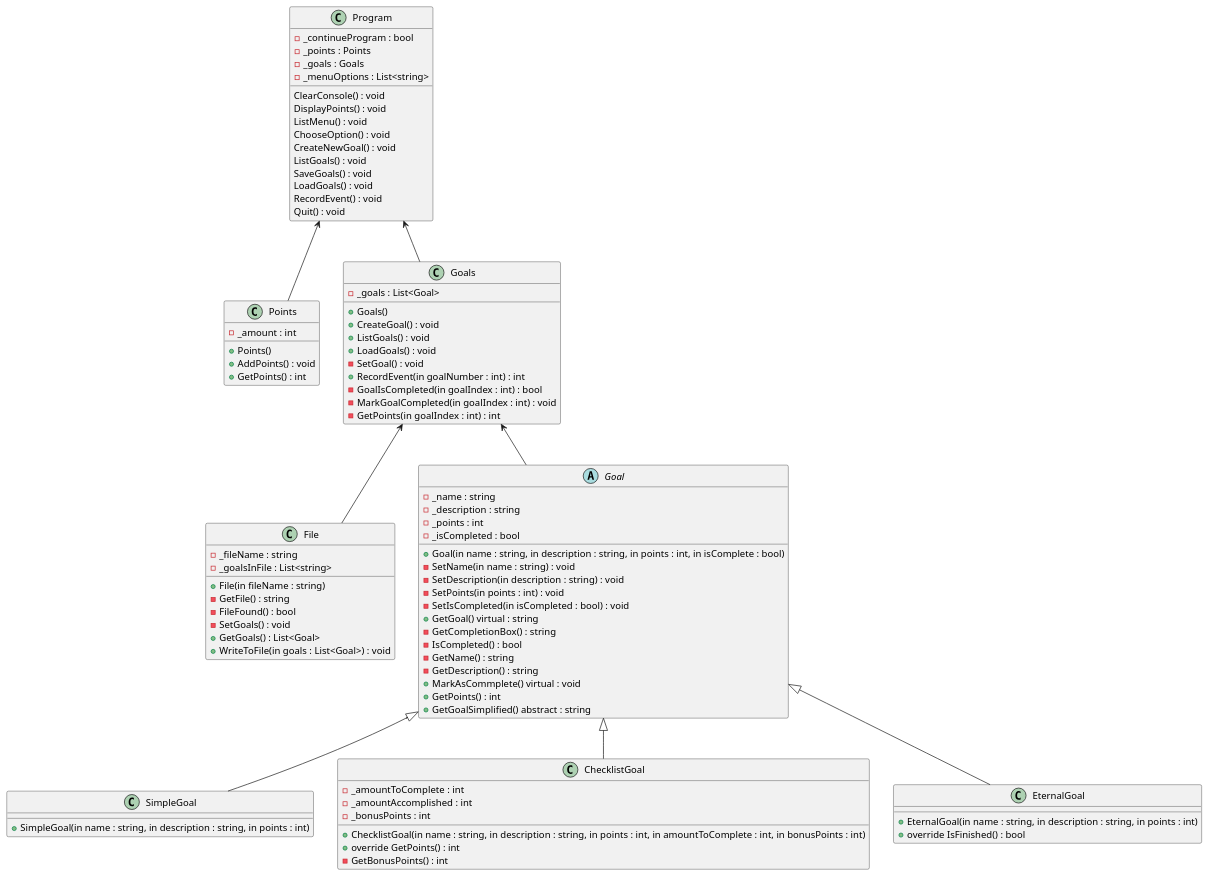
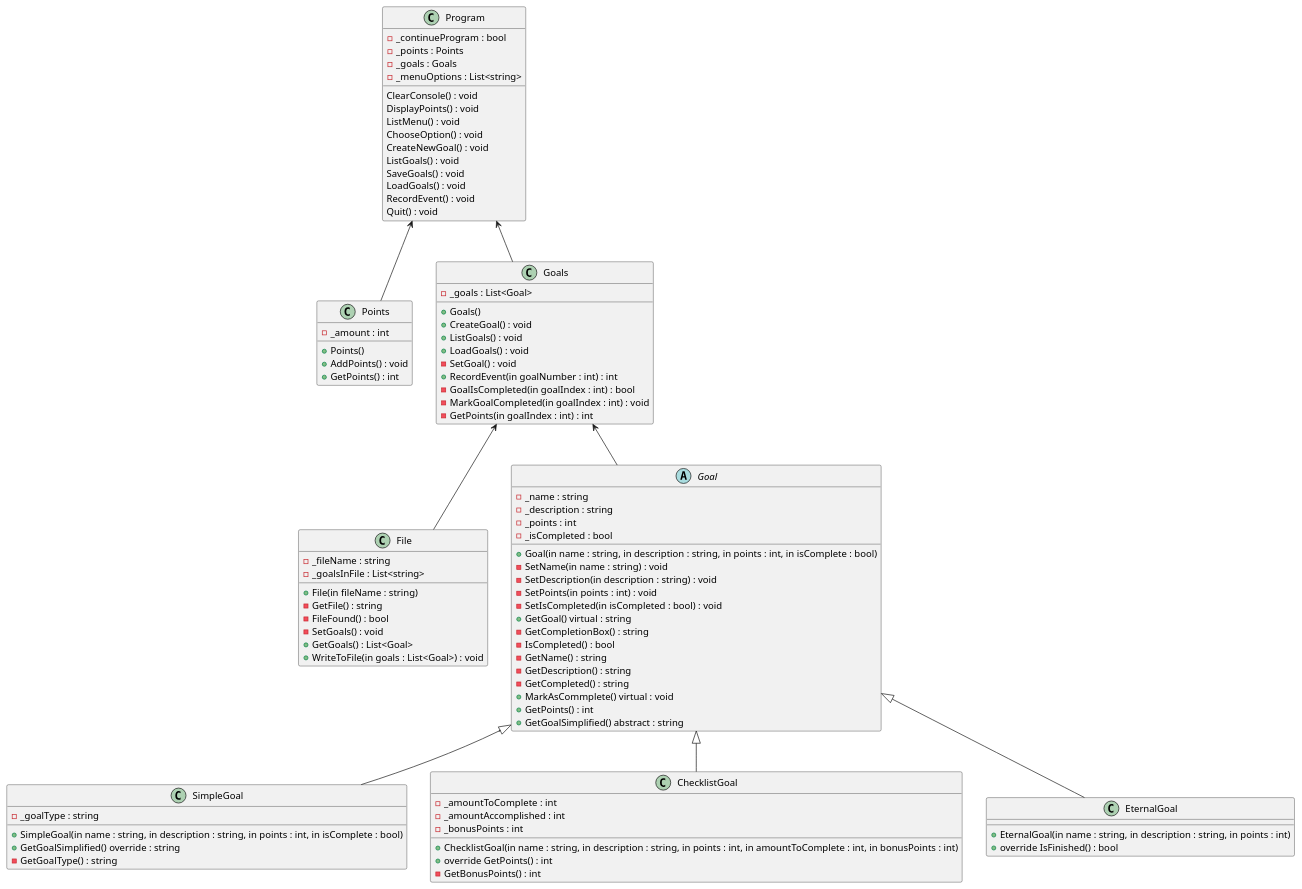
Before and after one commit to joshwmerrell/cse210-projects: the diagram in prove/Develop05/design.puml, drawn with PlantUML. The commit also changed 3 other files, not shown here.

Commit message:
Finished SimpleGoal.cs and updated Program.cs, Goal.cs, and design.puml.

```diff
--- a/prove/Develop05/design.puml
+++ b/prove/Develop05/design.puml
@@ -1,105 +1,109 @@
 @startuml design
 
 class Program
 {
     -_continueProgram : bool
     -_points : Points
     -_goals : Goals
     -_menuOptions : List<string>
     ClearConsole() : void
     DisplayPoints() : void
     ListMenu() : void
     ChooseOption() : void
     CreateNewGoal() : void
     ListGoals() : void
     SaveGoals() : void
     LoadGoals() : void
     RecordEvent() : void
     Quit() : void
 }
 
 class Points
 {
     -_amount : int
     +Points()
     +AddPoints() : void
     +GetPoints() : int
 }
 
 class Goals
 {
     -_goals : List<Goal>
     +Goals()
     +CreateGoal() : void
     +ListGoals() : void
     +LoadGoals() : void
     -SetGoal() : void
     +RecordEvent(in goalNumber : int) : int
     -GoalIsCompleted(in goalIndex : int) : bool
     -MarkGoalCompleted(in goalIndex : int) : void
     -GetPoints(in goalIndex : int) : int
 }
 
 class File
 {
     -_fileName : string
     -_goalsInFile : List<string>
     +File(in fileName : string)
     -GetFile() : string
     -FileFound() : bool
     -SetGoals() : void
     +GetGoals() : List<Goal>
     +WriteToFile(in goals : List<Goal>) : void
 }
 
 abstract Goal
 {
     -_name : string
     -_description : string
     -_points : int
     -_isCompleted : bool
     +Goal(in name : string, in description : string, in points : int, in isComplete : bool)
     -SetName(in name : string) : void
     -SetDescription(in description : string) : void
     -SetPoints(in points : int) : void
     -SetIsCompleted(in isCompleted : bool) : void
     +GetGoal() virtual : string
     -GetCompletionBox() : string
     -IsCompleted() : bool
     -GetName() : string
     -GetDescription() : string
+    -GetCompleted() : string
     +MarkAsCommplete() virtual : void
     +GetPoints() : int
     +GetGoalSimplified() abstract : string
 }
 
 class SimpleGoal
 {
-    +SimpleGoal(in name : string, in description : string, in points : int)
+    -_goalType : string
+    +SimpleGoal(in name : string, in description : string, in points : int, in isComplete : bool)
+    +GetGoalSimplified() override : string
+    -GetGoalType() : string
 }
 
 class ChecklistGoal
 {
     -_amountToComplete : int
     -_amountAccomplished : int
     -_bonusPoints : int
     +ChecklistGoal(in name : string, in description : string, in points : int, in amountToComplete : int, in bonusPoints : int)
     +override GetPoints() : int
     -GetBonusPoints() : int
 }
 
 class EternalGoal
 {
     +EternalGoal(in name : string, in description : string, in points : int)
     +override IsFinished() : bool
 }
 
 Program <-- Points
 Program <-- Goals
 Goals <-- Goal
 Goals <-- File
 Goal <|-- SimpleGoal
 Goal <|-- ChecklistGoal
 Goal <|-- EternalGoal
 
 @enduml
```
